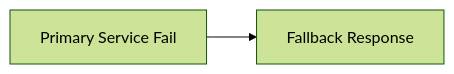
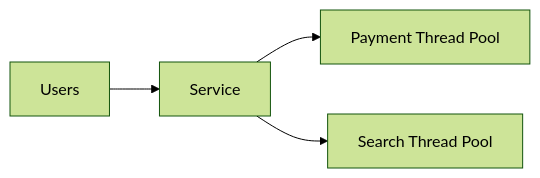
One commit to dbajajmnk/systemdesign changed the seventh of 10 diagrams in systemdesign/8. Reliability and Fault Tolerance/How.md. Above: the diagram before and after it, drawn with Mermaid (forest theme). The commit also changed other lines of this file and 4 other files, not shown here.

````diff
--- a/systemdesign/8. Reliability and Fault Tolerance/How.md
+++ b/systemdesign/8. Reliability and Fault Tolerance/How.md
@@ -161,4 +269,9 @@
 ```mermaid
 flowchart LR
-    A[Primary Service Fail] --> B[Fallback Response]
+
+Users --> Service
+
+Service --> Pool1[Payment Thread Pool]
+
+Service --> Pool2[Search Thread Pool]
 ```
````
